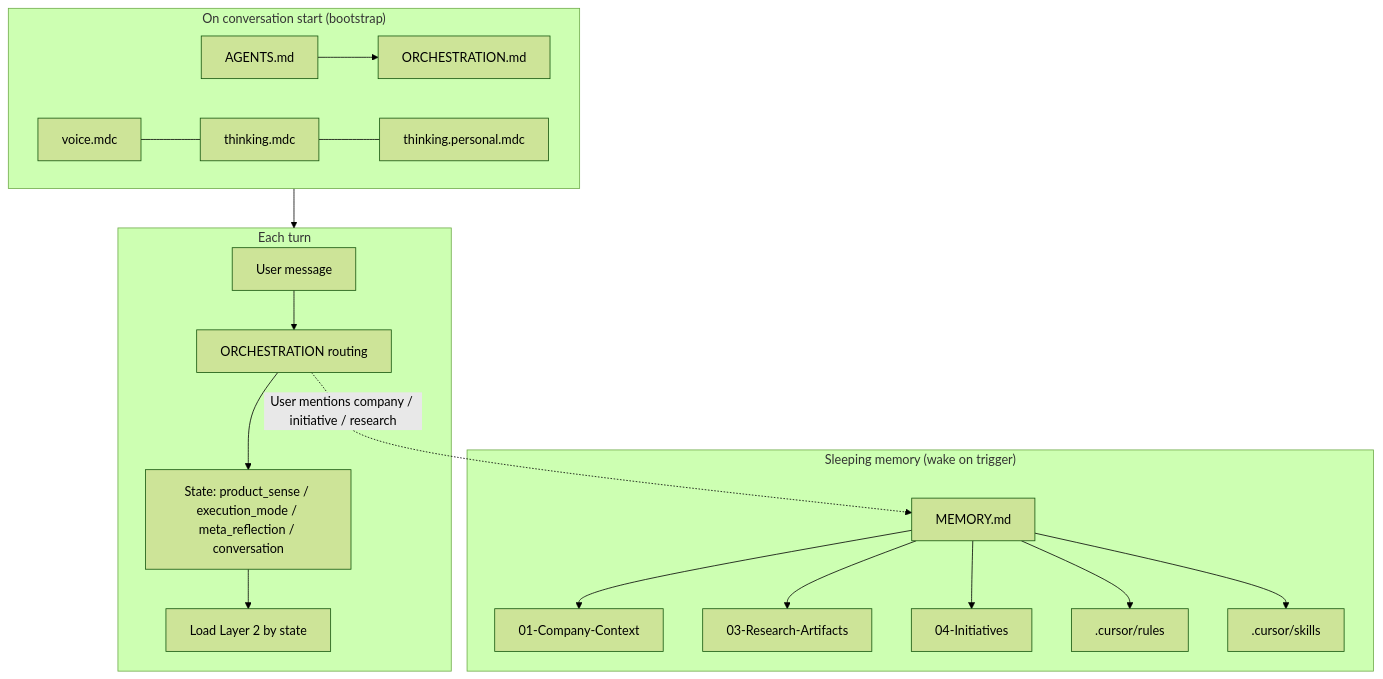
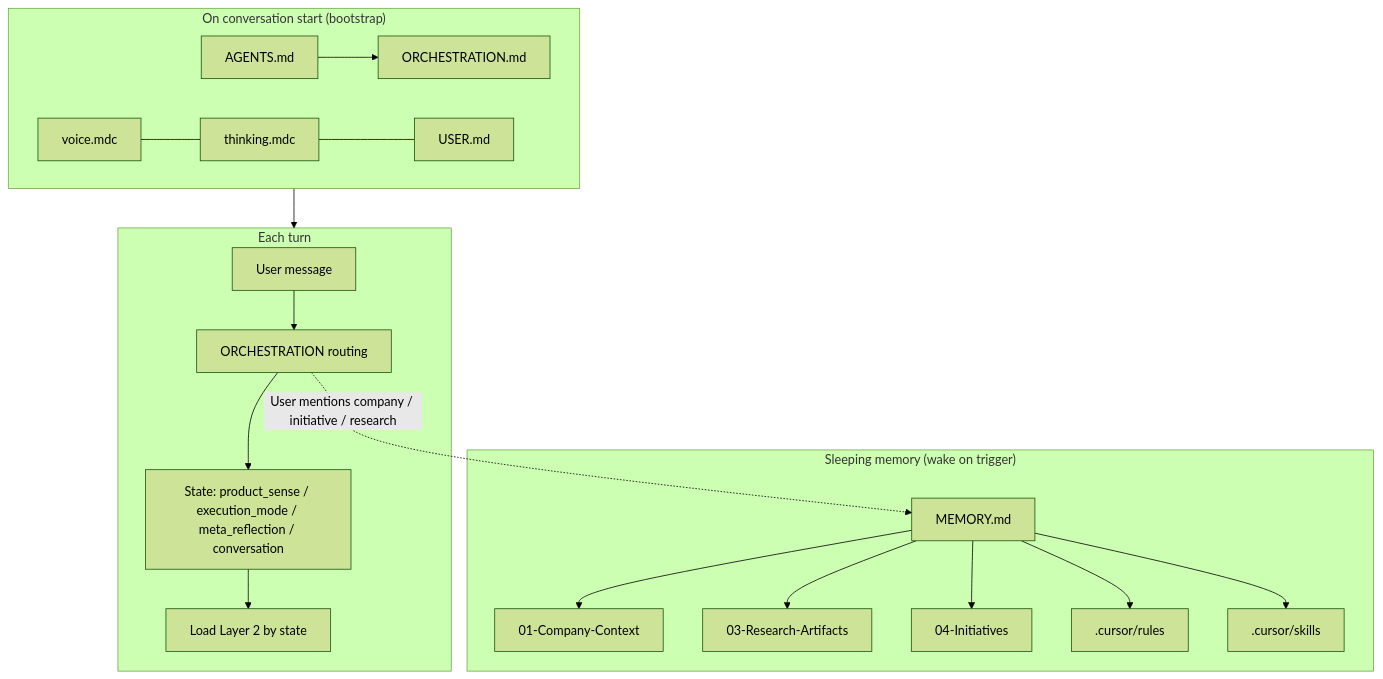
Before and after one commit to andreaskelm/pm-brain: the third of 9 diagrams in docs/architecture.md, drawn with Mermaid (forest theme). The commit also changed other lines of this file and 15 other files, not shown here.

Commit message:
Refactor: Consolidate personal context management into USER.md

````diff
--- a/docs/architecture.md
+++ b/docs/architecture.md
@@ -135,37 +135,37 @@
 ```mermaid
 flowchart TB
   subgraph Startup["On conversation start (bootstrap)"]
     A2[AGENTS.md]
     O2[ORCHESTRATION.md]
     Voice2[voice.mdc]
     Think2[thinking.mdc]
-    Personal2[thinking.personal.mdc]
+    Personal2[USER.md]
     A2 --> O2
     Voice2 --- Think2 --- Personal2
   end
 
   subgraph Turn["Each turn"]
     U[User message]
     R[ORCHESTRATION routing]
     S[State: product_sense / execution_mode / meta_reflection / conversation]
     L[Load Layer 2 by state]
     U --> R --> S --> L
   end
 
   subgraph Sleep["Sleeping memory (wake on trigger)"]
     M[MEMORY.md]
     C1[01-Company-Context]
     C3[03-Research-Artifacts]
     C4[04-Initiatives]
     Rrules[.cursor/rules]
     Sskills[.cursor/skills]
     M --> C1
     M --> C3
     M --> C4
     M --> Rrules
     M --> Sskills
   end
 
   Startup --> Turn
   R -.->|"User mentions company / initiative / research"| M
 ```
````
